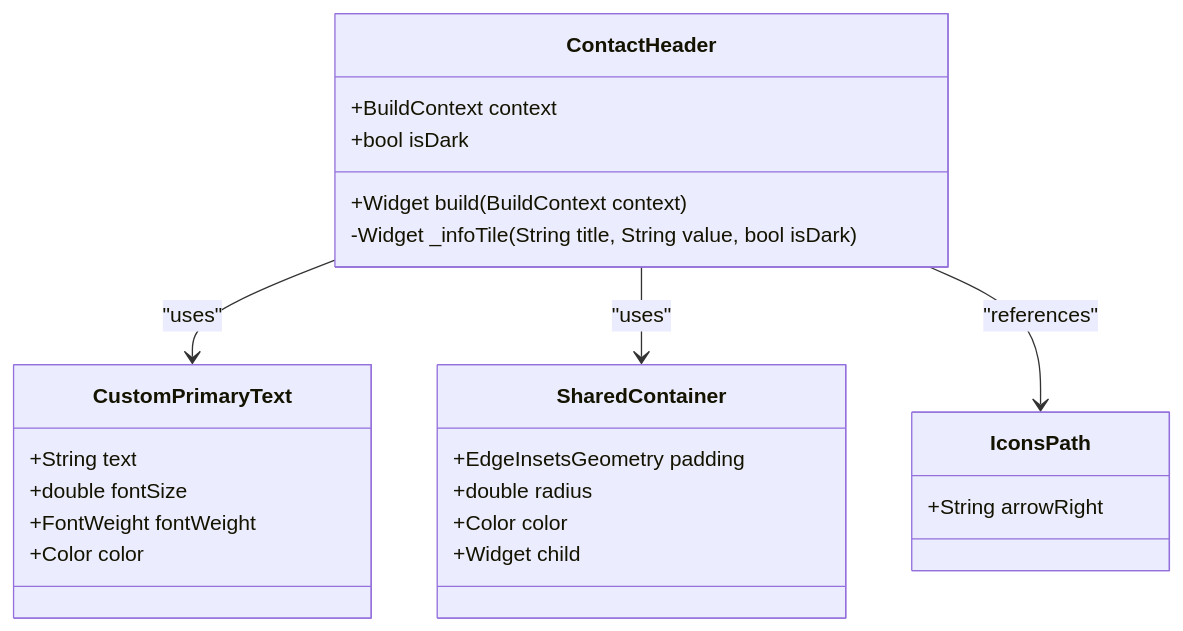
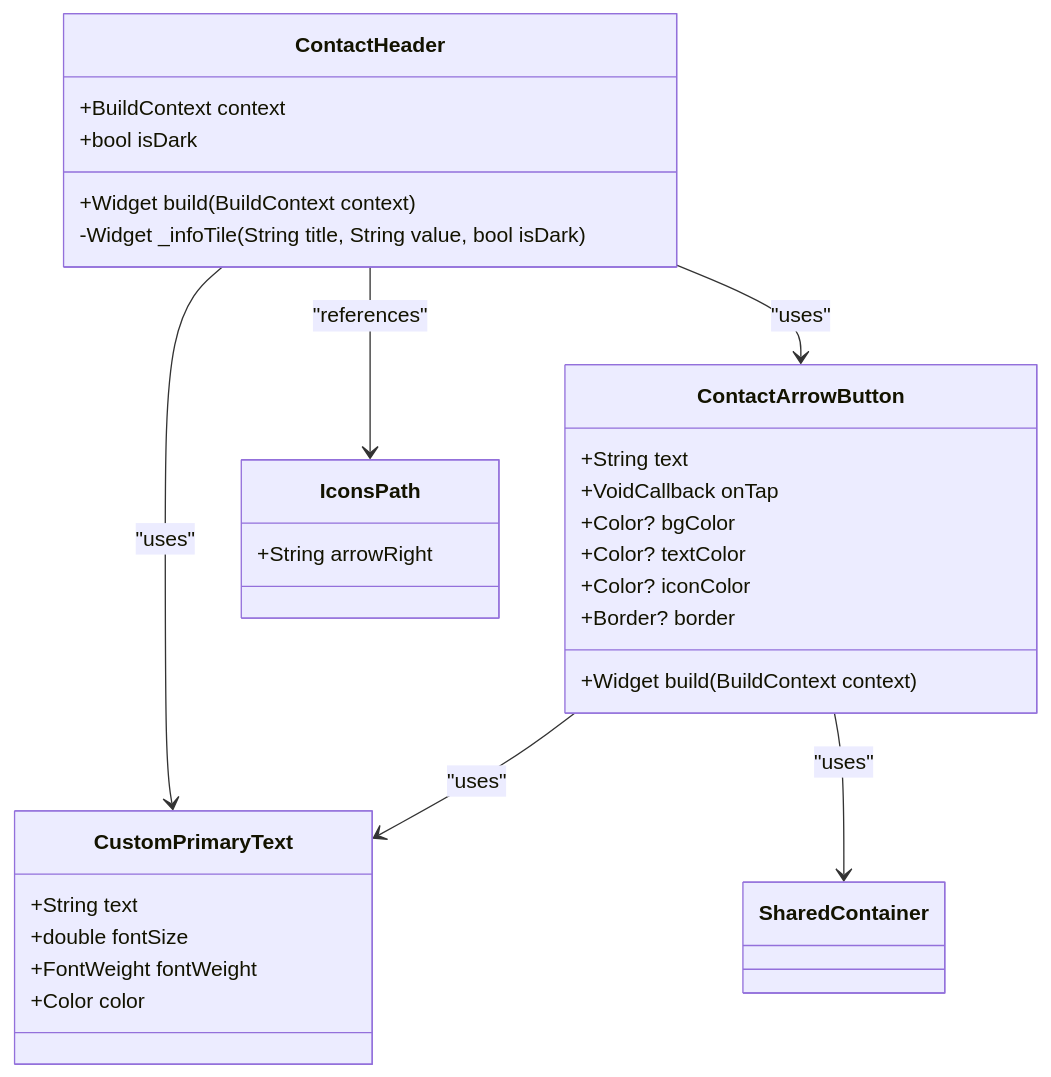
Before and after one commit to Ariful3111/FurniGo: the third of 11 diagrams in .qoder/repowiki/en/content/Core Features/Support and Communication/Contact Us Feature.md, drawn with Mermaid. The commit also changed other lines of this file and 10 other files, not shown here.

````diff
--- a/.qoder/repowiki/en/content/Core Features/Support and Communication/Contact Us Feature.md
+++ b/.qoder/repowiki/en/content/Core Features/Support and Communication/Contact Us Feature.md
@@ -146,27 +201,32 @@
 ```mermaid
 classDiagram
 class ContactHeader {
 +BuildContext context
 +bool isDark
 +Widget build(BuildContext context)
 -Widget _infoTile(String title, String value, bool isDark)
 }
+class ContactArrowButton {
++String text
++VoidCallback onTap
++Color? bgColor
++Color? textColor
++Color? iconColor
++Border? border
++Widget build(BuildContext context)
+}
 class CustomPrimaryText {
 +String text
 +double fontSize
 +FontWeight fontWeight
 +Color color
 }
-class SharedContainer {
-+EdgeInsetsGeometry padding
-+double radius
-+Color color
-+Widget child
-}
 class IconsPath {
 +String arrowRight
 }
+ContactHeader --> ContactArrowButton : "uses"
 ContactHeader --> CustomPrimaryText : "uses"
-ContactHeader --> SharedContainer : "uses"
 ContactHeader --> IconsPath : "references"
+ContactArrowButton --> CustomPrimaryText : "uses"
+ContactArrowButton --> SharedContainer : "uses"
 ```
````
